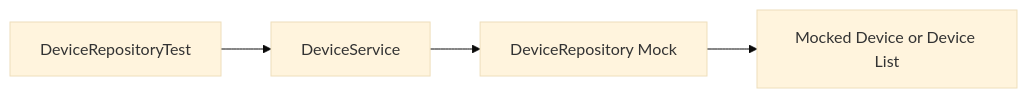
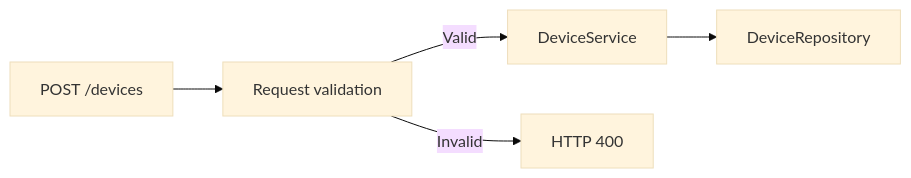
Before and after one commit to bigois/java-101: the second of 2 diagrams in app/src/main/java/br/com/bigois/mockitoinject/README.md, drawn with Mermaid (base theme). The commit also changed other lines of this file, not shown here.

````diff
--- a/app/src/main/java/br/com/bigois/mockitoinject/README.md
+++ b/app/src/main/java/br/com/bigois/mockitoinject/README.md
@@ -37,6 +33,6 @@
 ```mermaid
 flowchart LR
-    DeviceRepositoryTest --> DeviceService
-    DeviceService --> DeviceRepository["DeviceRepository Mock"]
-    DeviceRepository --> Devices["Mocked Device or Device List"]
+    Request["POST /devices"] --> Validation["Request validation"]
+    Validation -->|Valid| Service["DeviceService"] --> Repository["DeviceRepository"]
+    Validation -->|Invalid| BadRequest["HTTP 400"]
 ```
````
